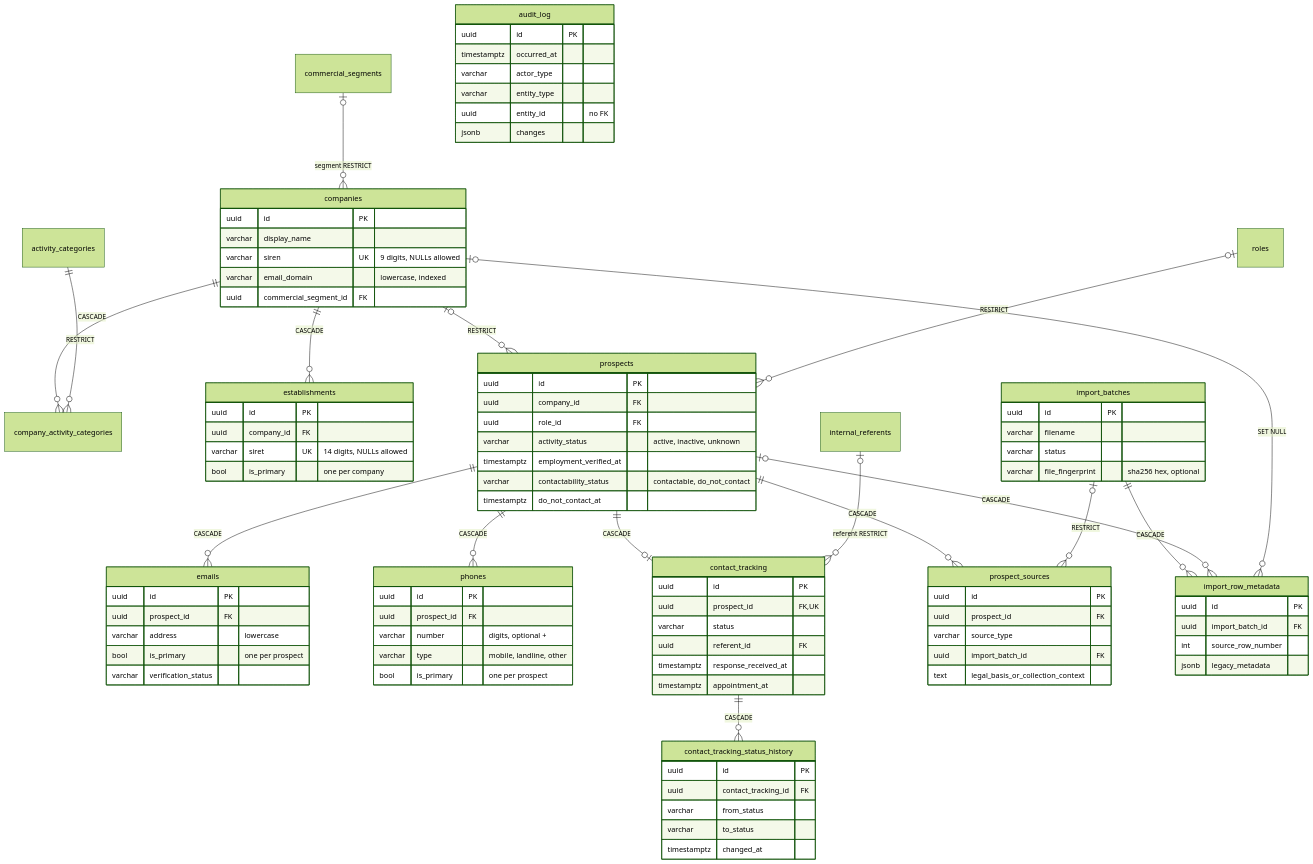
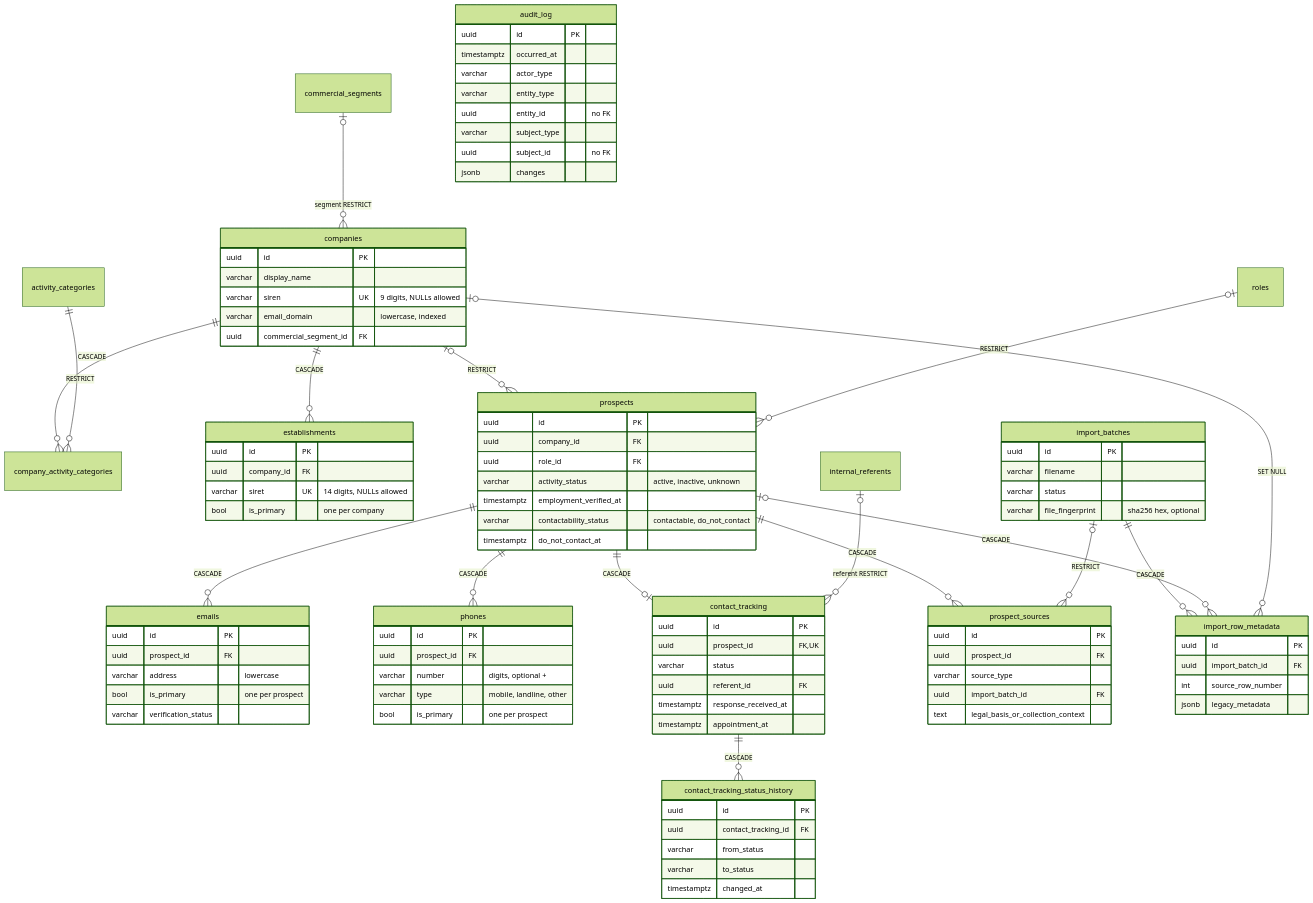
Before and after one commit to circoe-labs/VIPER: the diagram in doc/architecture/data-model.md, drawn with Mermaid (forest theme). The commit also changed other lines of this file and 38 other files, not shown here.

````diff
--- a/doc/architecture/data-model.md
+++ b/doc/architecture/data-model.md
@@ -252,6 +252,8 @@
         varchar actor_type
         varchar entity_type
         uuid entity_id "no FK"
+        varchar subject_type
+        uuid subject_id "no FK"
         jsonb changes
     }
 ```
````
